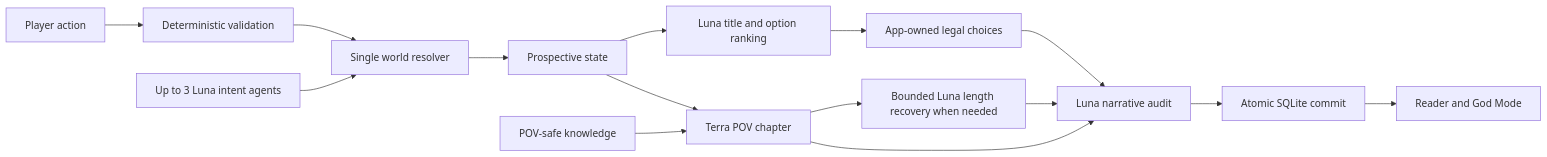
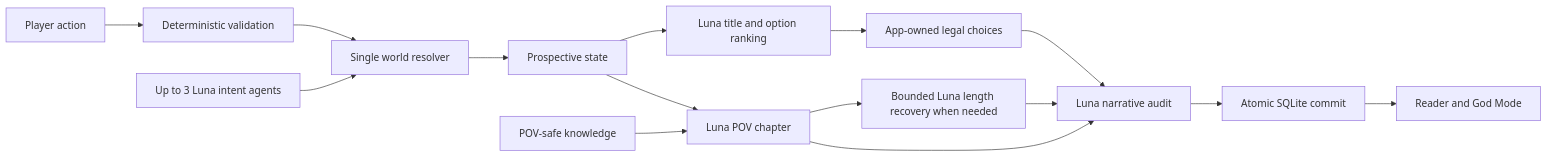
Before and after one commit to shivam-g10/infinite-litrpg: the diagram in README.md, drawn with Mermaid. The commit also changed other lines of this file and 21 other files, not shown here.

````diff
--- a/README.md
+++ b/README.md
@@ -47,17 +47,17 @@
 ```mermaid
 flowchart LR
     U["Player action"] --> V["Deterministic validation"]
     L["Up to 3 Luna intent agents"] --> R["Single world resolver"]
     V --> R
     R --> S["Prospective state"]
     S --> O["Luna title and option ranking"]
     O --> F["App-owned legal choices"]
-    S --> T["Terra POV chapter"]
+    S --> T["Luna POV chapter"]
     K["POV-safe knowledge"] --> T
     T --> X["Bounded Luna length recovery when needed"]
     X --> A
     T --> A["Luna narrative audit"]
     F --> A
     A --> C["Atomic SQLite commit"]
     C --> P["Reader and God Mode"]
 ```
````
